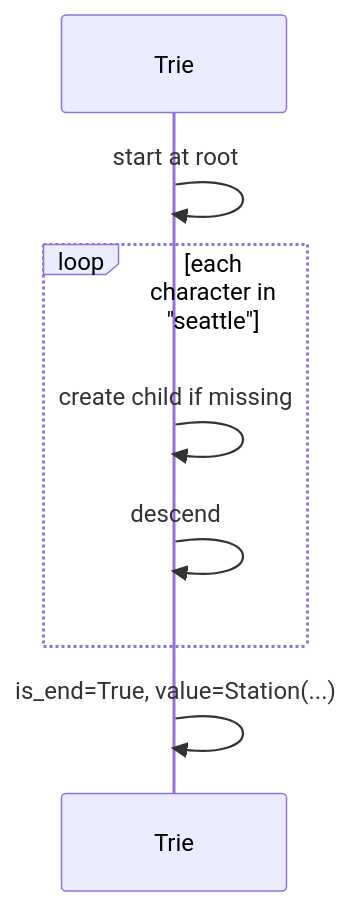
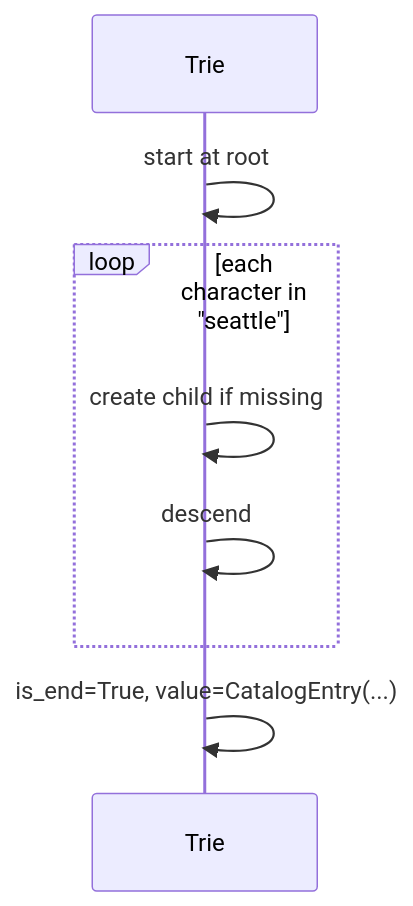
Before and after one commit to qgjones9/python-programming-guide: the seventh of 8 diagrams in docs/dsa/data-structures/tries/index.md, drawn with Mermaid. The commit also changed other lines of this file and 31 other files, not shown here.

````diff
--- a/docs/dsa/data-structures/tries/index.md
+++ b/docs/dsa/data-structures/tries/index.md
@@ -642,10 +642,10 @@
 ```mermaid
 sequenceDiagram
   participant T as Trie
   T->>T: start at root
   loop each character in "seattle"
     T->>T: create child if missing
     T->>T: descend
   end
-  T->>T: is_end=True, value=Station(...)
+  T->>T: is_end=True, value=CatalogEntry(...)
 ```
````
